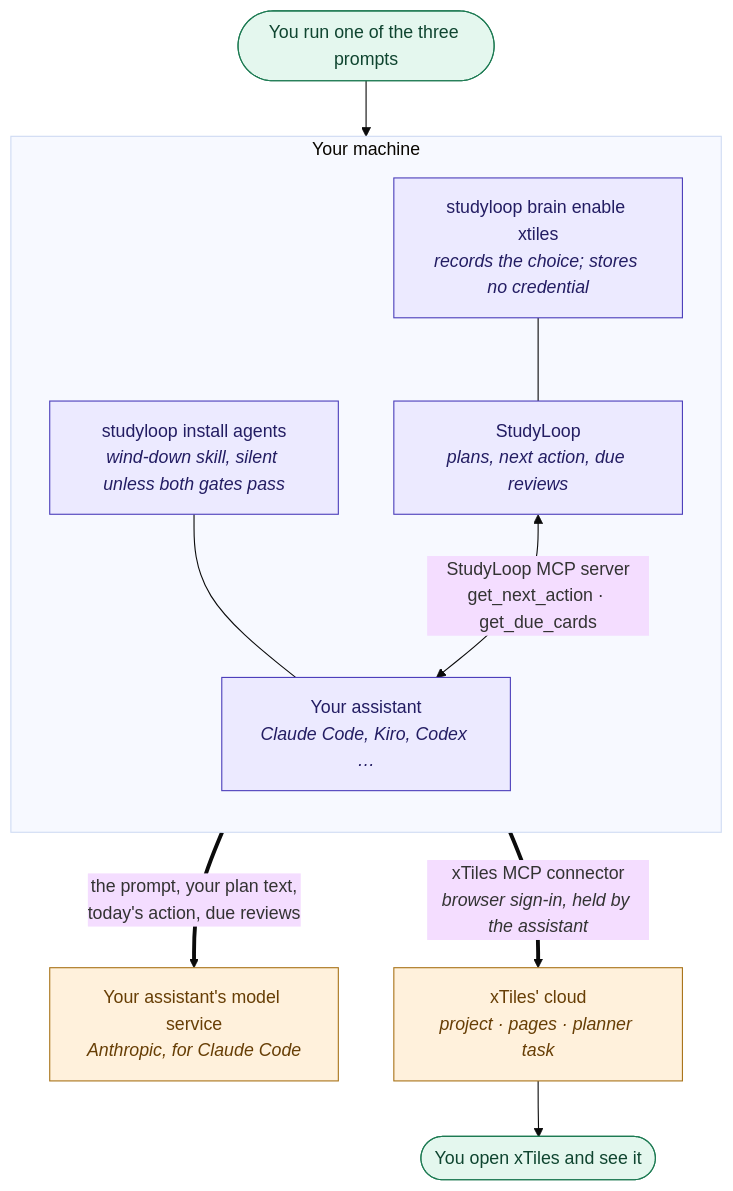
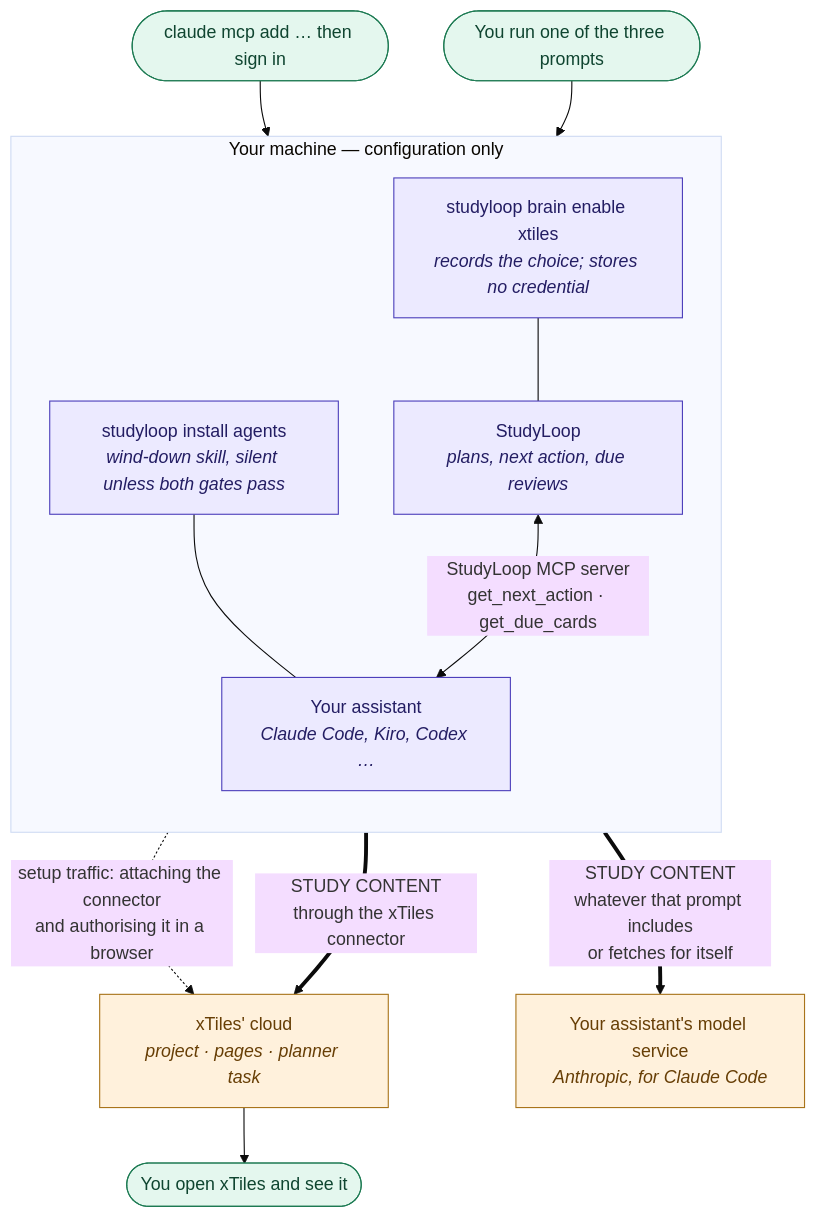
The third of 3 diagrams in docs/second-brain.md (NetDevAutomate/StudyLoop), drawn with Mermaid (base theme) before and after one commit. The commit also changed other lines of this file and 2 other files, not shown here.

````diff
--- a/docs/second-brain.md
+++ b/docs/second-brain.md
@@ -233,26 +233,29 @@
 ```mermaid
 flowchart TD
-    subgraph LOCAL["Your machine"]
+    subgraph LOCAL["Your machine — configuration only"]
         direction TB
         SL["StudyLoop<br/><i>plans, next action, due reviews</i>"]
         CFG["studyloop brain enable xtiles<br/><i>records the choice; stores no credential</i>"]
         ASSIST["Your assistant<br/><i>Claude Code, Kiro, Codex …</i>"]
         SKILL["studyloop install agents<br/><i>wind-down skill, silent unless both gates pass</i>"]
         CFG --- SL
         SKILL --- ASSIST
         SL <-->|"StudyLoop MCP server<br/>get_next_action · get_due_cards"| ASSIST
     end
 
+    SETUP(["claude mcp add … then sign in"]) --> ASSIST
+    ASSIST -.->|"setup traffic: attaching the connector<br/>and authorising it in a browser"| XT
+
     YOU(["You run one of the three prompts"]) --> ASSIST
 
-    ASSIST ==>|"the prompt, your plan text,<br/>today's action, due reviews"| MODEL["Your assistant's model service<br/><i>Anthropic, for Claude Code</i>"]
-    ASSIST ==>|"xTiles MCP connector<br/><i>browser sign-in, held by the assistant</i>"| XT["xTiles' cloud<br/><i>project · pages · planner task</i>"]
+    ASSIST ==>|"STUDY CONTENT<br/>whatever that prompt includes<br/>or fetches for itself"| MODEL["Your assistant's model service<br/><i>Anthropic, for Claude Code</i>"]
+    ASSIST ==>|"STUDY CONTENT<br/>through the xTiles connector"| XT["xTiles' cloud<br/><i>project · pages · planner task</i>"]
     XT --> READ(["You open xTiles and see it"])
 
     classDef local fill:#eceaff,stroke:#4c3fbb,color:#231d63
     classDef remote fill:#fff1dc,stroke:#a9741a,color:#673e05
     classDef human fill:#e4f7ee,stroke:#1c7a52,color:#0f4530
     class SL,CFG,ASSIST,SKILL local
     class MODEL,XT remote
-    class YOU,READ human
+    class YOU,SETUP,READ human
 ```
````
